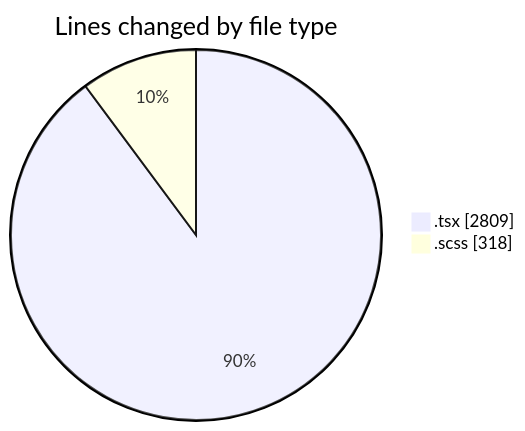
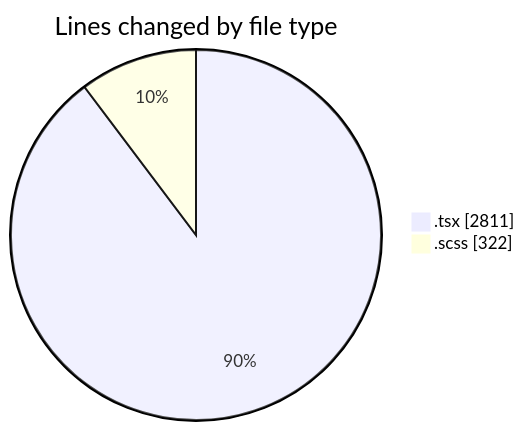
Before and after one commit to momahboobian/code-tracking: the first of 2 diagrams in 2026-10-20/cda/README.md, drawn with Mermaid. The commit also changed other lines of this file and 1 other file, not shown here.

````diff
--- a/2026-10-20/cda/README.md
+++ b/2026-10-20/cda/README.md
@@ -31,6 +31,6 @@
 ```mermaid
 pie showData
 title Lines changed by file type
-".tsx" : 2809
-".scss" : 318
+".tsx" : 2811
+".scss" : 322
 ```
````
